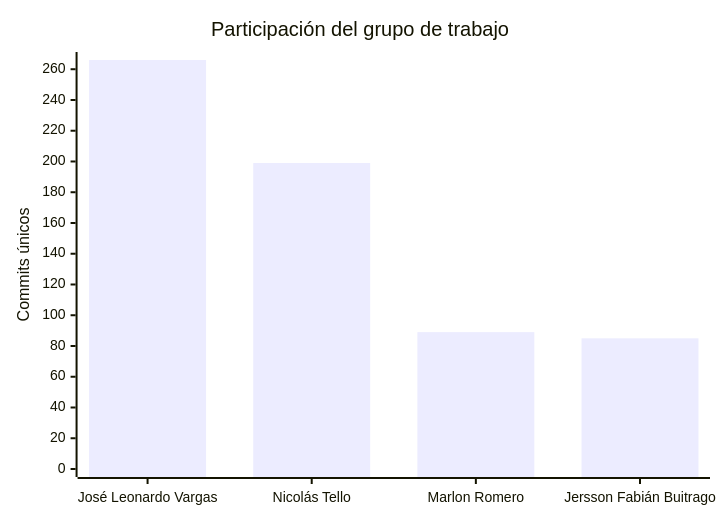
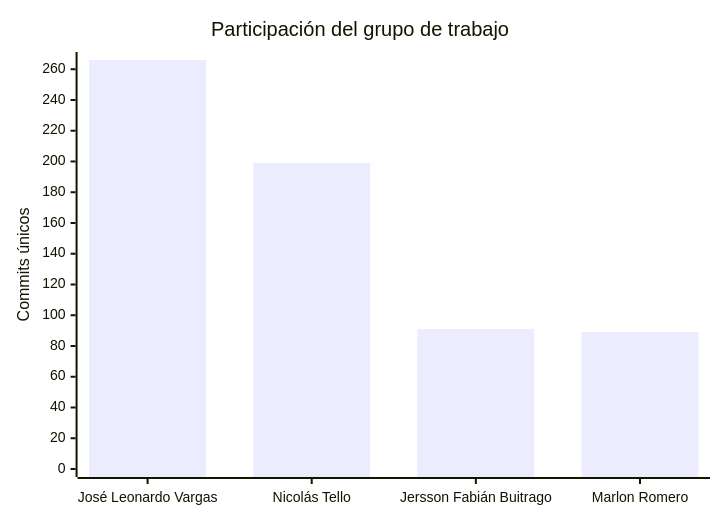
Before and after one commit to FarmaExpres/FarmaExpres: the second of 2 diagrams in README.md, drawn with Mermaid. The commit also changed other lines of this file and 1 other file, not shown here.

````diff
--- a/README.md
+++ b/README.md
@@ -401,7 +401,7 @@
 ```mermaid
 xychart-beta
     title "Participación del grupo de trabajo"
-    x-axis ["José Leonardo Vargas", "Nicolás Tello", "Marlon Romero", "Jersson Fabián Buitrago"]
+    x-axis ["José Leonardo Vargas", "Nicolás Tello", "Jersson Fabián Buitrago", "Marlon Romero"]
     y-axis "Commits únicos" 0 --> 266
-    bar [266, 199, 89, 85]
+    bar [266, 199, 91, 89]
 ```
````
